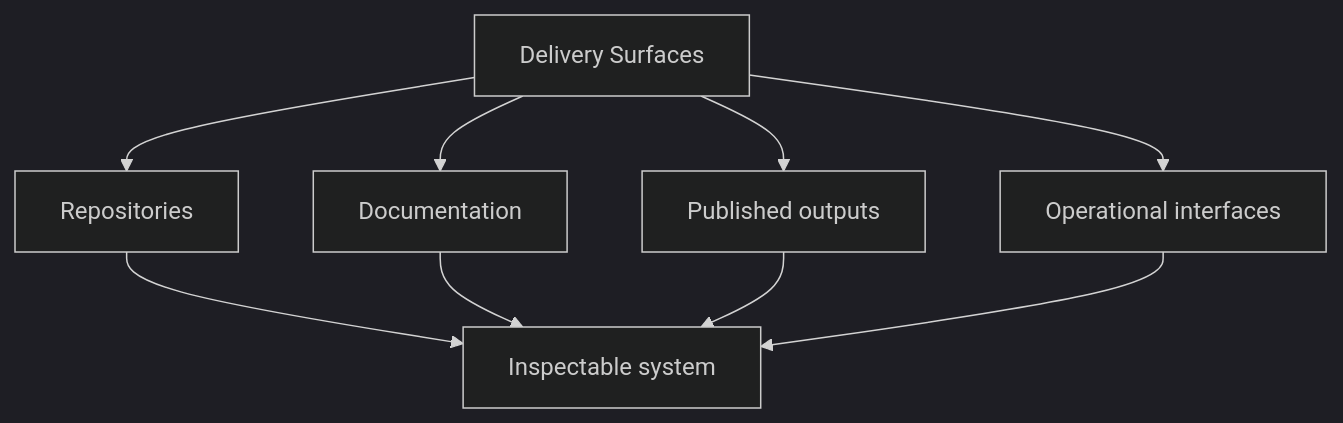
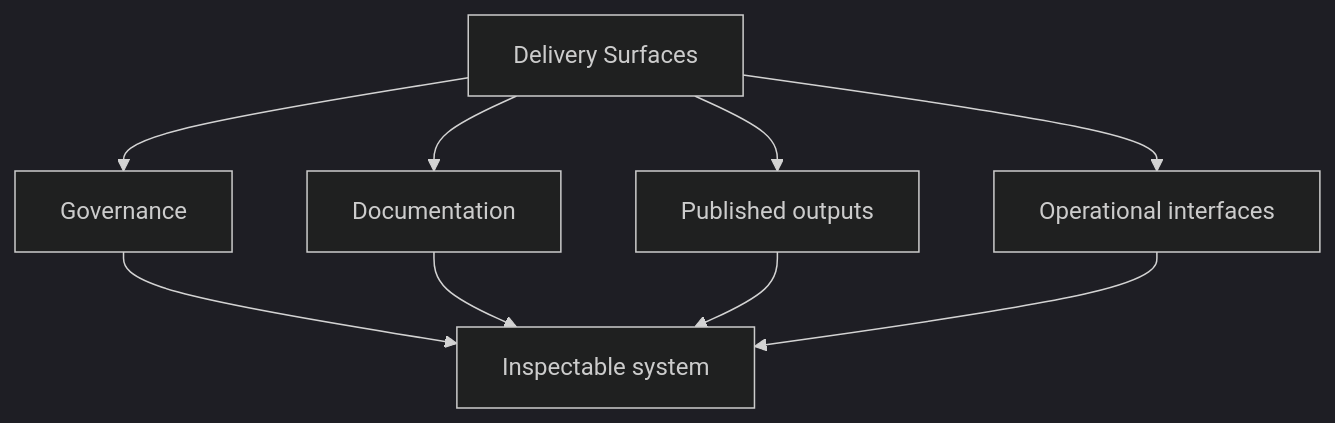
The diagram in docs/01-platform/delivery-surfaces/index.md (bijux/bijux.github.io), drawn with Mermaid (dark theme) before and after one commit. The commit also changed other lines of this file and 1 other file, not shown here.

Commit message:
docs(platform): clarify the public proof chain

````diff
--- a/docs/01-platform/delivery-surfaces/index.md
+++ b/docs/01-platform/delivery-surfaces/index.md
@@ -24,12 +28,12 @@
 ```mermaid
 graph TD
-    delivery["Delivery Surfaces"] --> repos["Repositories"]
+    delivery["Delivery Surfaces"] --> governance["Governance"]
     delivery --> docs["Documentation"]
     delivery --> outputs["Published outputs"]
-    delivery --> ops["Operational interfaces"]
+    delivery --> interfaces["Operational interfaces"]
 
-    repos --> inspectable["Inspectable system"]
+    governance --> inspectable["Inspectable system"]
     docs --> inspectable
     outputs --> inspectable
-    ops --> inspectable
+    interfaces --> inspectable
 ```
````
